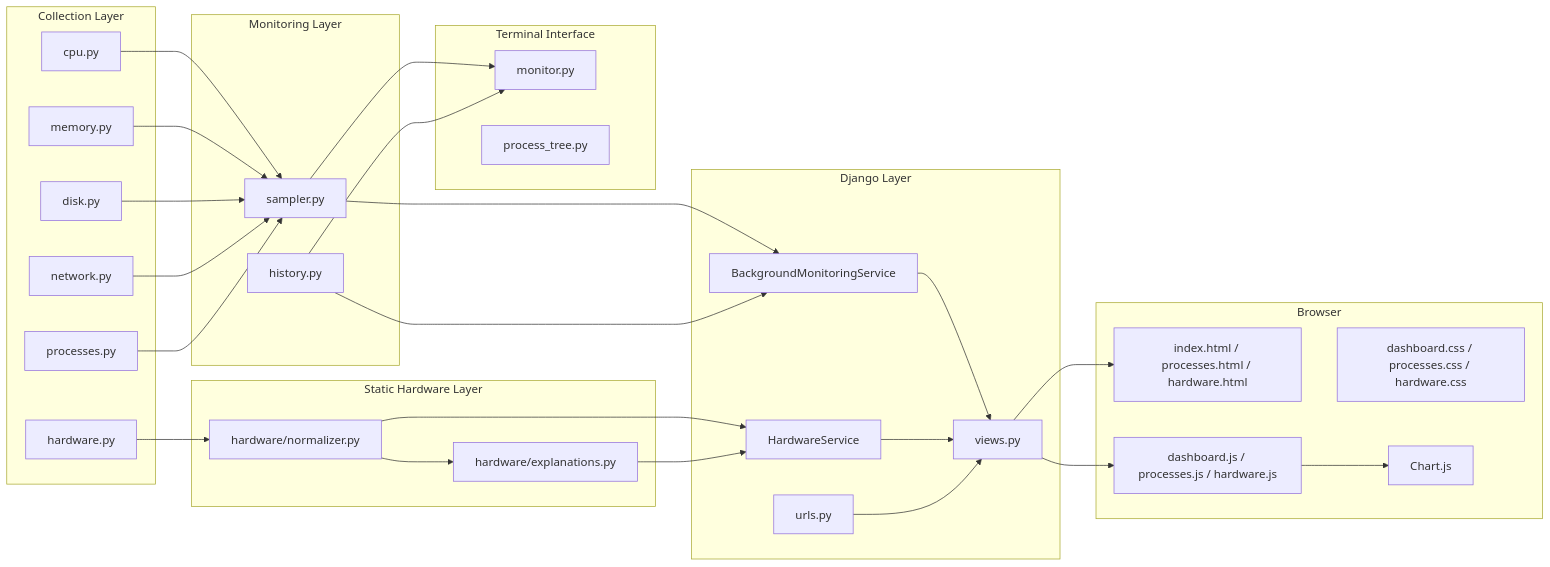
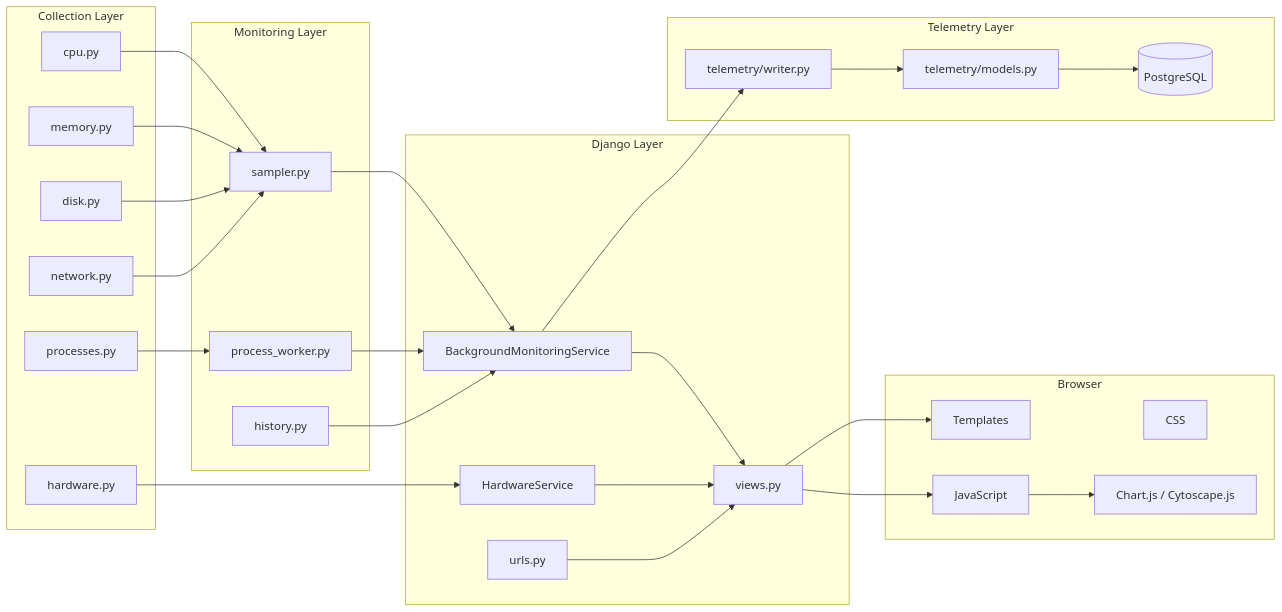
One commit to IronRon/Sys-Monitor changed the second of 36 diagrams in docs/architecture.md. Above: the diagram before and after it, drawn with Mermaid. The commit also changed other lines of this file and 21 other files, not shown here.

First line of the commit message:
feat: Refactor process monitoring and telemetry integration

````diff
--- a/docs/architecture.md
+++ b/docs/architecture.md
@@ -197,66 +212,60 @@
 ```mermaid
 flowchart LR
     subgraph Collection["Collection Layer"]
         CPU["cpu.py"]
         MEM["memory.py"]
         DISK["disk.py"]
         NET["network.py"]
         PROC["processes.py"]
         HARDWARE["hardware.py"]
     end
 
-    subgraph HardwareLayer["Static Hardware Layer"]
-        NORMALIZER["hardware/normalizer.py"]
-        EXPLAIN["hardware/explanations.py"]
-    end
-
     subgraph Monitoring["Monitoring Layer"]
         SAMPLER["sampler.py"]
+        PWORKER["process_worker.py"]
         HISTORY["history.py"]
     end
 
-    subgraph CLI["Terminal Interface"]
-        MONITOR["monitor.py"]
-        TREE["process_tree.py"]
+    subgraph Persistence["Telemetry Layer"]
+        MODELS["telemetry/models.py"]
+        WRITER["telemetry/writer.py"]
+        PG[(PostgreSQL)]
     end
 
     subgraph Web["Django Layer"]
         SERVICE["BackgroundMonitoringService"]
         HSERVICE["HardwareService"]
         VIEWS["views.py"]
         URLS["urls.py"]
     end
 
     subgraph Frontend["Browser"]
-        HTML["index.html / processes.html / hardware.html"]
-        JS["dashboard.js / processes.js / hardware.js"]
-        CSS["dashboard.css / processes.css / hardware.css"]
-        CHART["Chart.js"]
+        HTML["Templates"]
+        JS["JavaScript"]
+        CSS["CSS"]
+        CHART["Chart.js / Cytoscape.js"]
     end
 
     CPU --> SAMPLER
     MEM --> SAMPLER
     DISK --> SAMPLER
     NET --> SAMPLER
-    PROC --> SAMPLER
 
-    HARDWARE --> NORMALIZER
-    NORMALIZER --> EXPLAIN
-    NORMALIZER --> HSERVICE
-    EXPLAIN --> HSERVICE
-
-    SAMPLER --> MONITOR
-    HISTORY --> MONITOR
+    PROC --> PWORKER
 
     SAMPLER --> SERVICE
+    PWORKER --> SERVICE
     HISTORY --> SERVICE
 
+    SERVICE --> WRITER
+    WRITER --> MODELS
+    MODELS --> PG
+
+    HARDWARE --> HSERVICE
     SERVICE --> VIEWS
     HSERVICE --> VIEWS
     URLS --> VIEWS
-
     VIEWS --> HTML
     VIEWS --> JS
-
     JS --> CHART
 ```
````
